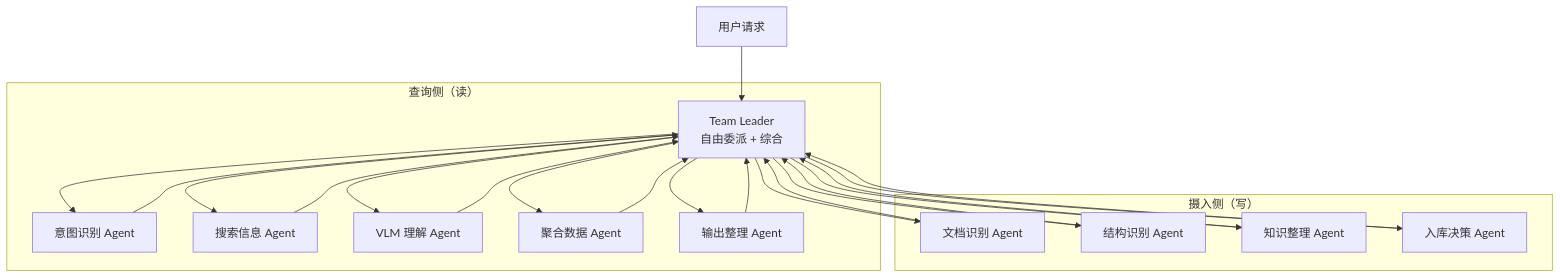
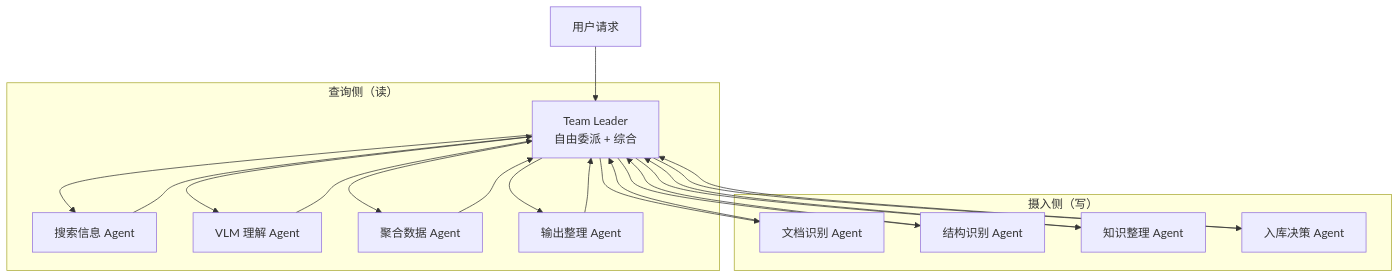
One commit to ttzc/gaokao_rag changed the first of 2 diagrams in docs/agent/README.md. Above: the diagram before and after it, drawn with Mermaid. The commit also changed other lines of this file and 9 other files, not shown here.

First line of the commit message:
docs: 意图识别内联 Leader 系统提示词（非独立子 Agent）

````diff
--- a/docs/agent/README.md
+++ b/docs/agent/README.md
@@ -24,29 +24,27 @@
 ```mermaid
 flowchart TD
     U[用户请求] --> L[Team Leader<br/>自由委派 + 综合]
 
     subgraph "查询侧（读）"
-        L --> A1[意图识别 Agent]
-        L --> A2[搜索信息 Agent]
-        L --> A3[VLM 理解 Agent]
-        L --> A4[聚合数据 Agent]
-        L --> A5[输出整理 Agent]
+        L --> A1[搜索信息 Agent]
+        L --> A2[VLM 理解 Agent]
+        L --> A3[聚合数据 Agent]
+        L --> A4[输出整理 Agent]
     end
 
     subgraph "摄入侧（写）"
         L --> B1[文档识别 Agent]
         L --> B2[结构识别 Agent]
         L --> B3[知识整理 Agent]
         L --> B4[入库决策 Agent]
     end
 
     A1 --> L
     A2 --> L
     A3 --> L
     A4 --> L
-    A5 --> L
     B1 --> L
     B2 --> L
     B3 --> L
     B4 --> L
 ```
````
